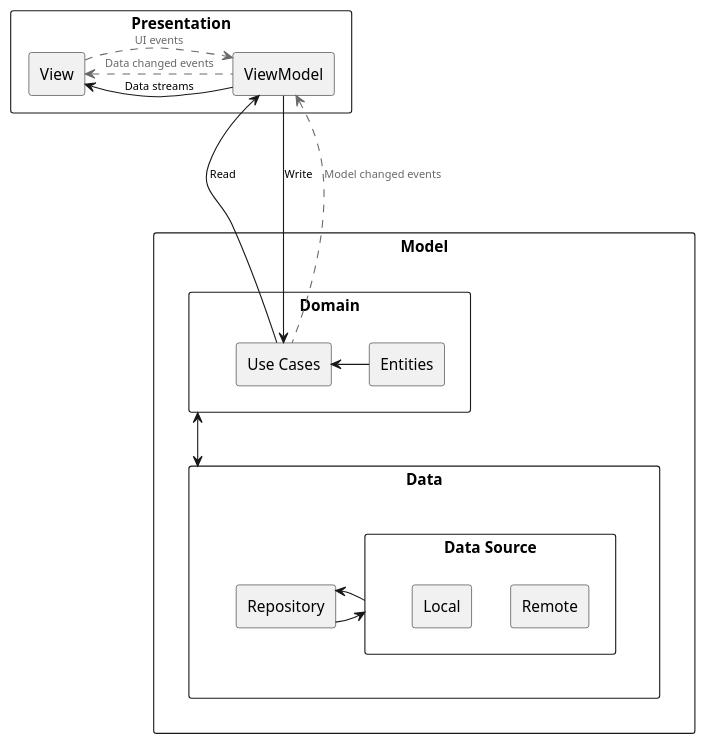
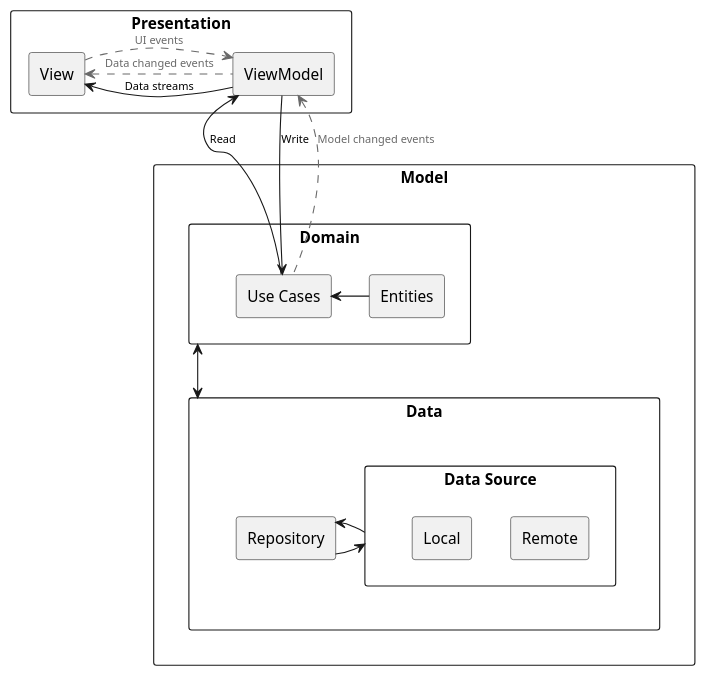
One commit to Reggar66/Simple-words changed the diagram in diagrams/architecture/mvvm_with_clean_arch.puml. Above: the diagram before and after it, drawn with PlantUML.

Commit message:
some diagrams

```diff
--- a/diagrams/architecture/mvvm_with_clean_arch.puml
+++ b/diagrams/architecture/mvvm_with_clean_arch.puml
@@ -1,41 +1,41 @@
 @startuml
 'https://plantuml.com/object-diagram
 
 skinparam componentStyle rectangle
 
 skinparam component {
 ArrowFontSize 10
 ArrowFontColor<<dottedArrow>> dimgray
 }
 
 component Presentation {
     [View]
     [ViewModel]
 }
 
 component Model {
     component Data {
         [Repository]
         component "Data Source" as dataSource {
             [Remote]
             [Local]
         }
 }
 
 component Domain {
     [Use Cases] <-[Entities]
 }
 
 [View] <-r- [ViewModel] : Data streams
 [View] .[#dimgray]r.> [ViewModel] <<dottedArrow>> : UI events
 [View] <.[#dimgray]r. [ViewModel] <<dottedArrow>> : Data changed events
 
 [Use Cases] -u->  [ViewModel] : Read
-[Use Cases] <--u- [ViewModel] : Write
+[Use Cases] <-u- [ViewModel] : Write
 [Use Cases] .[#dimgray]u.> [ViewModel] <<dottedArrow>> : Model changed events
 
 [Repository] -> dataSource
 [Repository] <- dataSource
 
 Data <-u-> Domain
 @enduml
```
